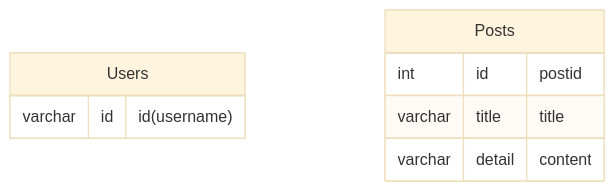
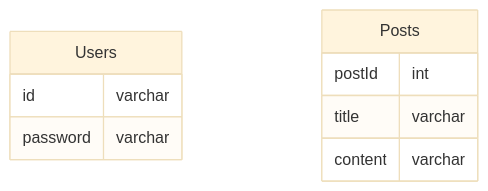
The diagram in Readme.md (tootoyproject/Backend), drawn with Mermaid (base theme) before and after one commit. The commit also changed other lines of this file, not shown here.

````diff
--- a/Readme.md
+++ b/Readme.md
@@ -4,13 +4,14 @@
 ```mermaid
 erDiagram
     Users {
-        varchar  id "id(username)"
+        id varchar
+        password varchar
     }
     
     Posts {
-        int id  "postid"
-        varchar title "title"
-        varchar detail "content"
+        postId int
+        title varchar
+        content varchar
     }
 
 ```
````
